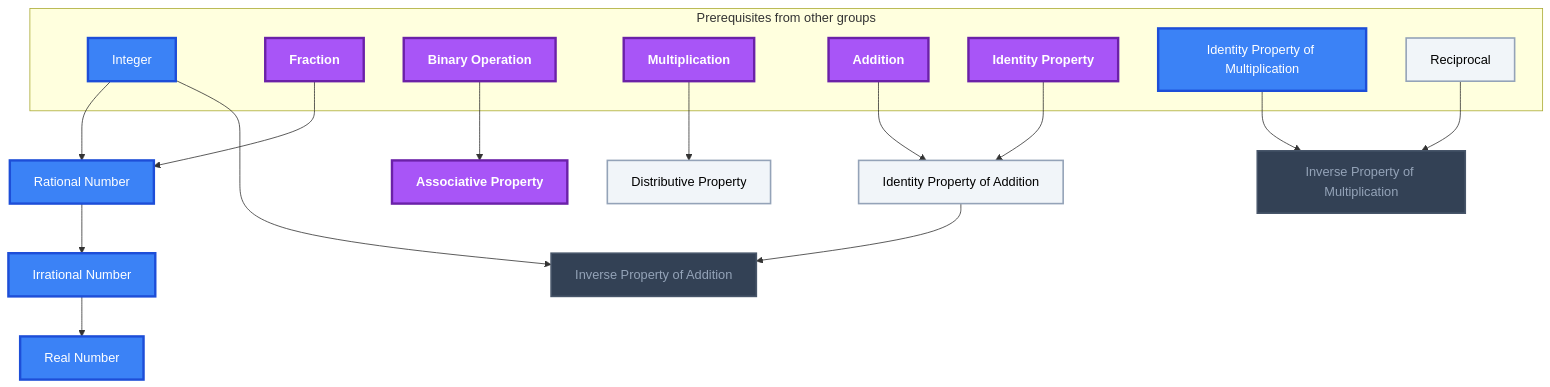
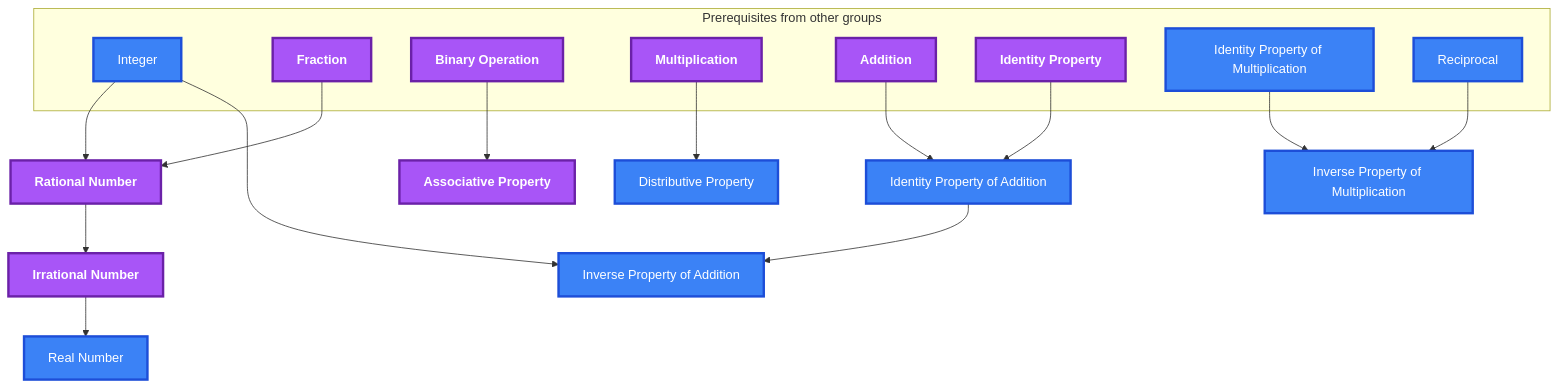
The seventh of 10 diagrams in Gamification/Skill Trees/Pre-Algebra.md (MRauf1/My-Notes), drawn with Mermaid before and after one commit. The commit also changed other lines of this file and 145 other files, not shown here.

````diff
--- a/Gamification/Skill Trees/Pre-Algebra.md
+++ b/Gamification/Skill Trees/Pre-Algebra.md
@@ -364,47 +353,45 @@
 ```mermaid
 flowchart TD
     classDef planned fill:#1E293B,stroke:#64748B,stroke-width:2px,stroke-dasharray:5 5,color:#94A3B8;
     classDef locked fill:#334155,stroke:#475569,stroke-width:2px,color:#94A3B8;
     classDef L0 fill:#F1F5F9,stroke:#94A3B8,stroke-width:2px,color:#000000;
     classDef L1 fill:#22C55E,stroke:#15803D,stroke-width:2px,color:#000000;
     classDef L2 fill:#3B82F6,stroke:#1D4ED8,stroke-width:3px,color:#FFFFFF;
     classDef L3 fill:#A855F7,stroke:#6B21A8,stroke-width:3px,color:#FFFFFF,font-weight:bold;
     classDef L4 fill:#F97316,stroke:#C2410C,stroke-width:4px,color:#000000,font-weight:bold;
     classDef L5 fill:#FFD700,stroke:#FF8C00,stroke-width:5px,color:#000000,font-weight:bold;
     classDef rusty stroke:#8B4513,stroke-width:4px,stroke-dasharray:3 3;
     subgraph sg_prereqs["Prerequisites from other groups"]
         n_integer["Integer"]
         n_fraction["Fraction"]
         n_binary_operation["Binary Operation"]
         n_multiplication["Multiplication"]
         n_addition["Addition"]
         n_identity_property["Identity Property"]
         n_identity_property_of_multiplication["Identity Property of Multiplication"]
         n_reciprocal["Reciprocal"]
     end
     n_rational_number["Rational Number"]
     n_irrational_number["Irrational Number"]
     n_real_number["Real Number"]
     n_associative_property["Associative Property"]
     n_distributive_property["Distributive Property"]
     n_identity_property_of_addition["Identity Property of Addition"]
     n_inverse_property_of_addition["Inverse Property of Addition"]
     n_inverse_property_of_multiplication["Inverse Property of Multiplication"]
     n_integer --> n_rational_number
     n_fraction --> n_rational_number
     n_rational_number --> n_irrational_number
     n_irrational_number --> n_real_number
     n_binary_operation --> n_associative_property
     n_multiplication --> n_distributive_property
     n_addition --> n_identity_property_of_addition
     n_identity_property --> n_identity_property_of_addition
     n_integer --> n_inverse_property_of_addition
     n_identity_property_of_addition --> n_inverse_property_of_addition
     n_identity_property_of_multiplication --> n_inverse_property_of_multiplication
     n_reciprocal --> n_inverse_property_of_multiplication
-    class n_inverse_property_of_addition,n_inverse_property_of_multiplication locked;
-    class n_reciprocal,n_distributive_property,n_identity_property_of_addition L0;
-    class n_integer,n_identity_property_of_multiplication,n_rational_number,n_irrational_number,n_real_number L2;
-    class n_fraction,n_binary_operation,n_multiplication,n_addition,n_identity_property,n_associative_property L3;
+    class n_integer,n_identity_property_of_multiplication,n_reciprocal,n_real_number,n_distributive_property,n_identity_property_of_addition,n_inverse_property_of_addition,n_inverse_property_of_multiplication L2;
+    class n_fraction,n_binary_operation,n_multiplication,n_addition,n_identity_property,n_rational_number,n_irrational_number,n_associative_property L3;
     class n_integer,n_fraction,n_binary_operation,n_multiplication,n_addition,n_identity_property,n_identity_property_of_multiplication,n_reciprocal,n_rational_number,n_irrational_number,n_real_number,n_associative_property,n_distributive_property,n_identity_property_of_addition,n_inverse_property_of_addition,n_inverse_property_of_multiplication internal-link;
 ```
````
